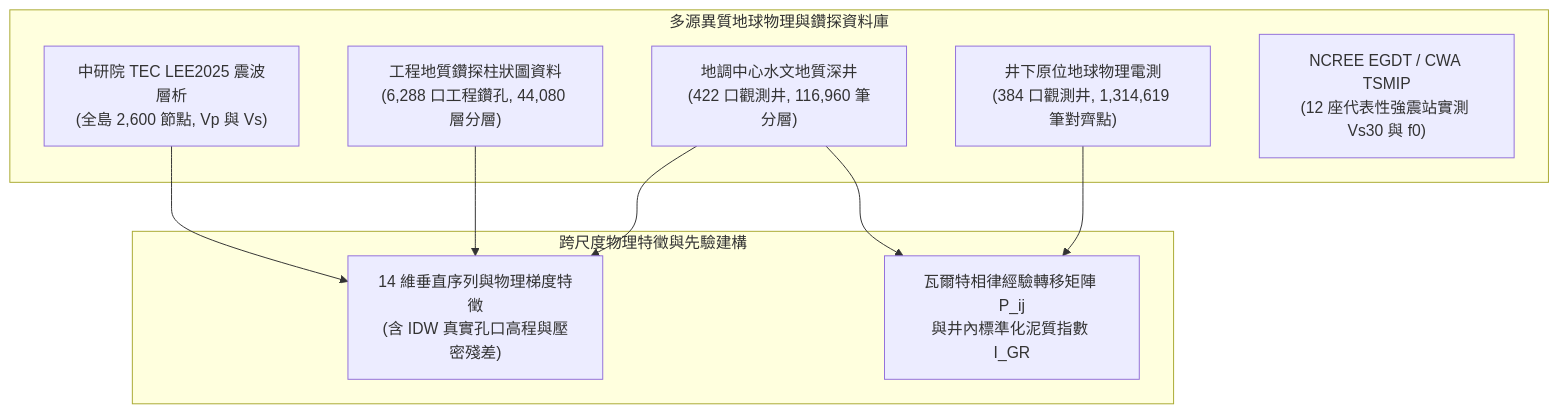
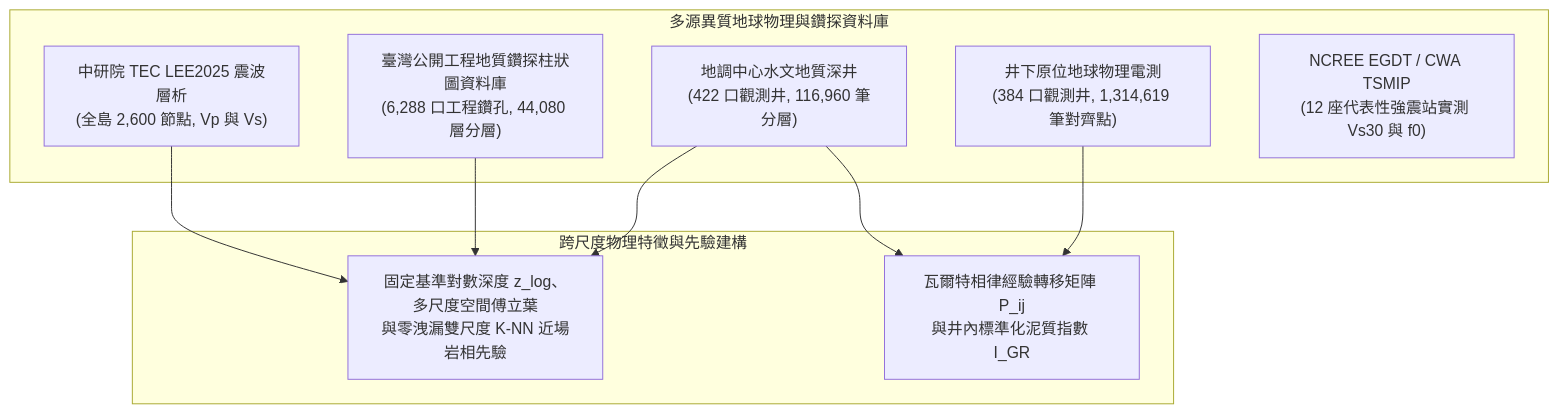
One commit to LittleCatAlex/TAGES-Evo changed the first of 2 diagrams in docs/國際科展作品說明書_最新進度版_EAEV.md. Above: the diagram before and after it, drawn with Mermaid. The commit also changed other lines of this file and 37 other files, not shown here.

Commit message:
feat(model,seismic,docs): refactor cross-scale sequence features, CRF logit adjustment, distillation stats, 3D voxel closed-loop SSR, and update EAEV manuscript

````diff
--- a/docs/國際科展作品說明書_最新進度版_EAEV.md
+++ b/docs/國際科展作品說明書_最新進度版_EAEV.md
@@ -109,21 +109,21 @@
 ```mermaid
 flowchart TD
     subgraph Data_Sources["多源異質地球物理與鑽探資料庫"]
         A["地調中心水文地質深井<br/>(422 口觀測井, 116,960 筆分層)"]
-        A2["工程地質鑽探柱狀圖資料<br/>(6,288 口工程鑽孔, 44,080 層分層)"]
+        A2["臺灣公開工程地質鑽探柱狀圖資料庫<br/>(6,288 口工程鑽孔, 44,080 層分層)"]
         B["井下原位地球物理電測<br/>(384 口觀測井, 1,314,619 筆對齊點)"]
         C["中研院 TEC LEE2025 震波層析<br/>(全島 2,600 節點, Vp 與 Vs)"]
         D["NCREE EGDT / CWA TSMIP<br/>(12 座代表性強震站實測 Vs30 與 f0)"]
     end
 
     subgraph Feature_Engineering["跨尺度物理特徵與先驗建構"]
-        E["14 維垂直序列與物理梯度特徵<br/>(含 IDW 真實孔口高程與壓密殘差)"]
+        E["固定基準對數深度 z_log、多尺度空間傅立葉<br/>與零洩漏雙尺度 K-NN 近場岩相先驗"]
         F["瓦爾特相律經驗轉移矩陣 P_ij<br/>與井內標準化泥質指數 I_GR"]
     end
 
     A --> E
     A2 --> E
     B --> F
     C --> E
     A --> F
 ```
````
